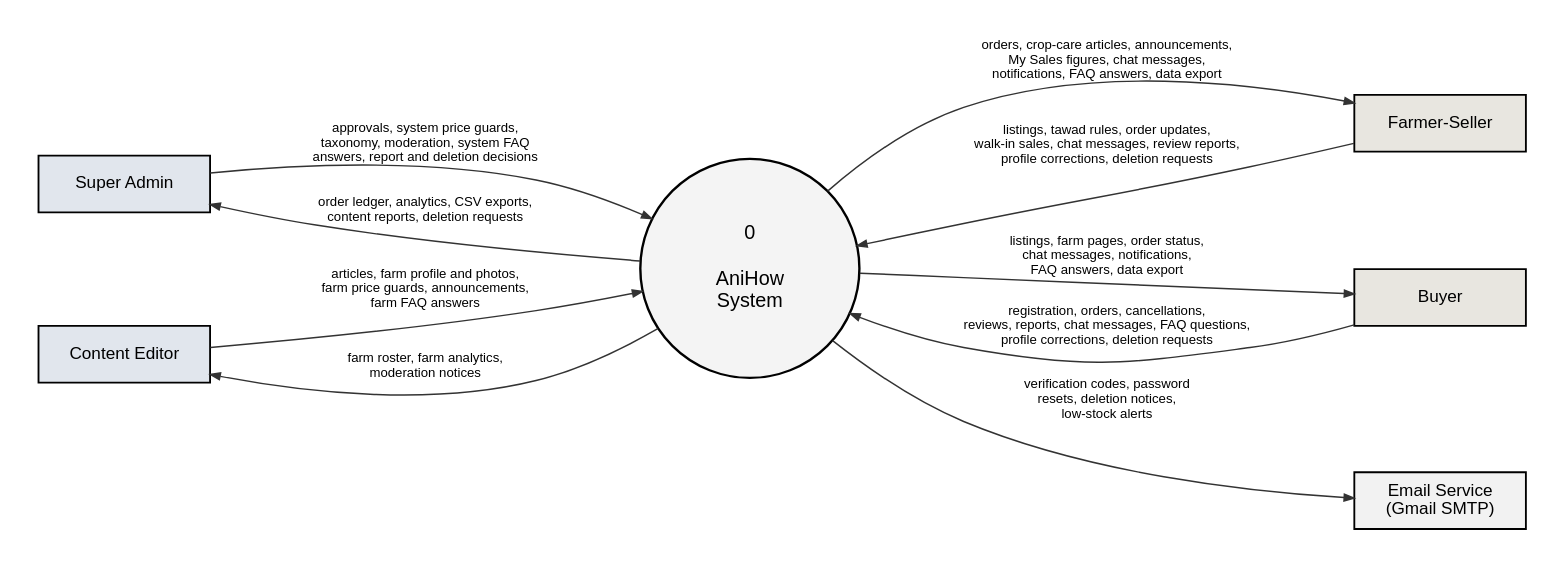
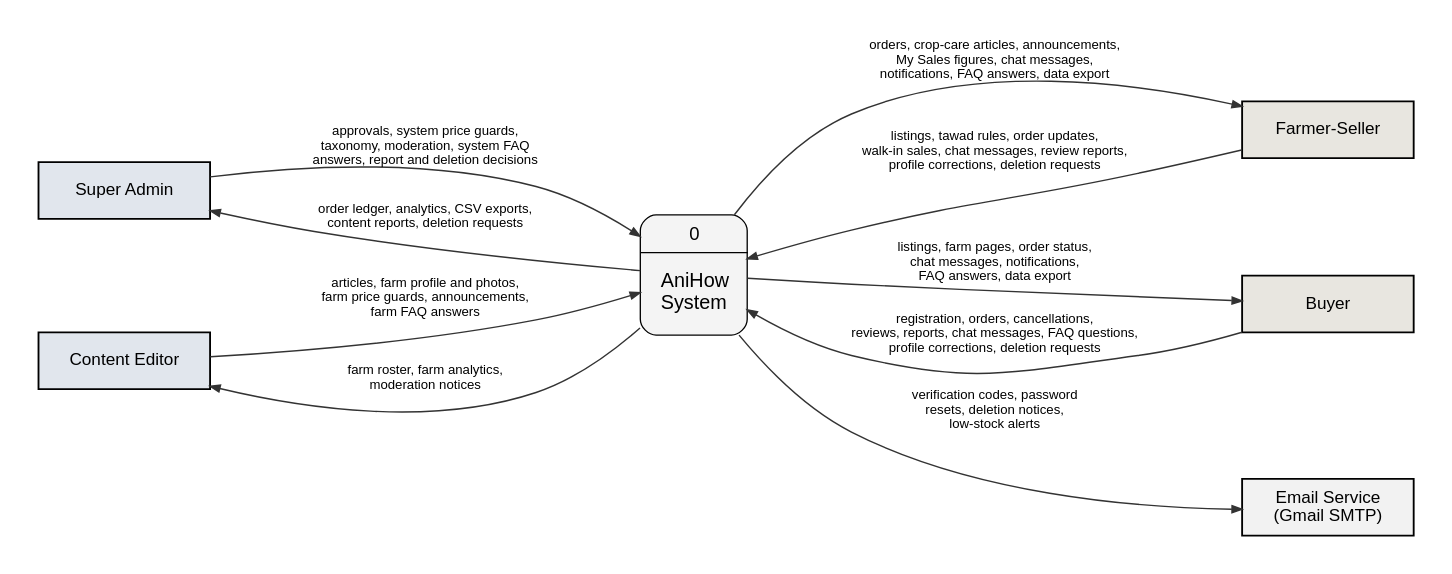
One commit to shawncastaneda11-commits/anihow-backend changed the diagram in docs/manuscript/figures/src/fig6_context_dfd.dot. Above: the diagram before and after it, drawn with Graphviz. The commit also changed 39 other files, not shown here.

First line of the commit message:
docs(manuscript): redraw the DFDs in Gane-Sarson notation

```diff
--- a/docs/manuscript/figures/src/fig6_context_dfd.dot
+++ b/docs/manuscript/figures/src/fig6_context_dfd.dot
@@ -1,33 +1,34 @@
-// Figure 6. Context diagram (data flow diagram, level 0) of AniHow (v3.5).
+// Figure 6. Context diagram (data flow diagram, level 0) of AniHow (v3.5), Gane-Sarson notation.
 digraph G {
   graph [rankdir=LR, nodesep=0.7, ranksep=2.2, pad=0.3, fontname="Liberation Sans", newrank=true];
   node  [fontname="Liberation Sans", fontsize=13];
   edge  [penwidth=1.1, arrowsize=0.75, color="#333333", fontname="Liberation Sans", fontsize=10];
 
   node [shape=box, style="filled", penwidth=1.4, width=1.8, height=0.6];
   sa [label="Super Admin",    fillcolor="#E1E6ED"];
   ce [label="Content Editor", fillcolor="#E1E6ED"];
   fs [label="Farmer-Seller",  fillcolor="#E8E6E0"];
   by [label="Buyer",          fillcolor="#E8E6E0"];
   em [label="Email Service\n(Gmail SMTP)", fillcolor="#F2F2F2"];
 
-  sys [shape=circle, style="filled", fillcolor="#F4F4F4", penwidth=1.8, width=2.3, fixedsize=true,
-       label="0\n\nAniHow\nSystem", fontsize=15];
+  sys [shape=plaintext, style="", fillcolor=none, width=0, height=0, margin=0, label=<<TABLE STYLE="ROUNDED" BORDER="1" CELLBORDER="0" CELLSPACING="0" CELLPADDING="6" BGCOLOR="#F4F4F4">
+       <TR><TD><FONT POINT-SIZE="14">0</FONT></TD></TR><HR/>
+       <TR><TD CELLPADDING="14"><FONT POINT-SIZE="15">AniHow<BR/>System</FONT></TD></TR></TABLE>>];
 
   sa -> sys [label="approvals, system price guards,\ntaxonomy, moderation, system FAQ\nanswers, report and deletion decisions"];
   sys -> sa [label="order ledger, analytics, CSV exports,\ncontent reports, deletion requests"];
 
   ce -> sys [label="articles, farm profile and photos,\nfarm price guards, announcements,\nfarm FAQ answers"];
   sys -> ce [label="farm roster, farm analytics,\nmoderation notices"];
 
   sys -> fs [label="orders, crop-care articles, announcements,\nMy Sales figures, chat messages,\nnotifications, FAQ answers, data export"];
   sys -> fs [dir=back, label="listings, tawad rules, order updates,\nwalk-in sales, chat messages, review reports,\nprofile corrections, deletion requests"];
 
   sys -> by [label="listings, farm pages, order status,\nchat messages, notifications,\nFAQ answers, data export"];
   sys -> by [dir=back, label="registration, orders, cancellations,\nreviews, reports, chat messages, FAQ questions,\nprofile corrections, deletion requests"];
 
   sys -> em [label="verification codes, password\nresets, deletion notices,\nlow-stock alerts"];
 
   {rank=same; sa ce}
   {rank=same; fs by em}
 }
```
